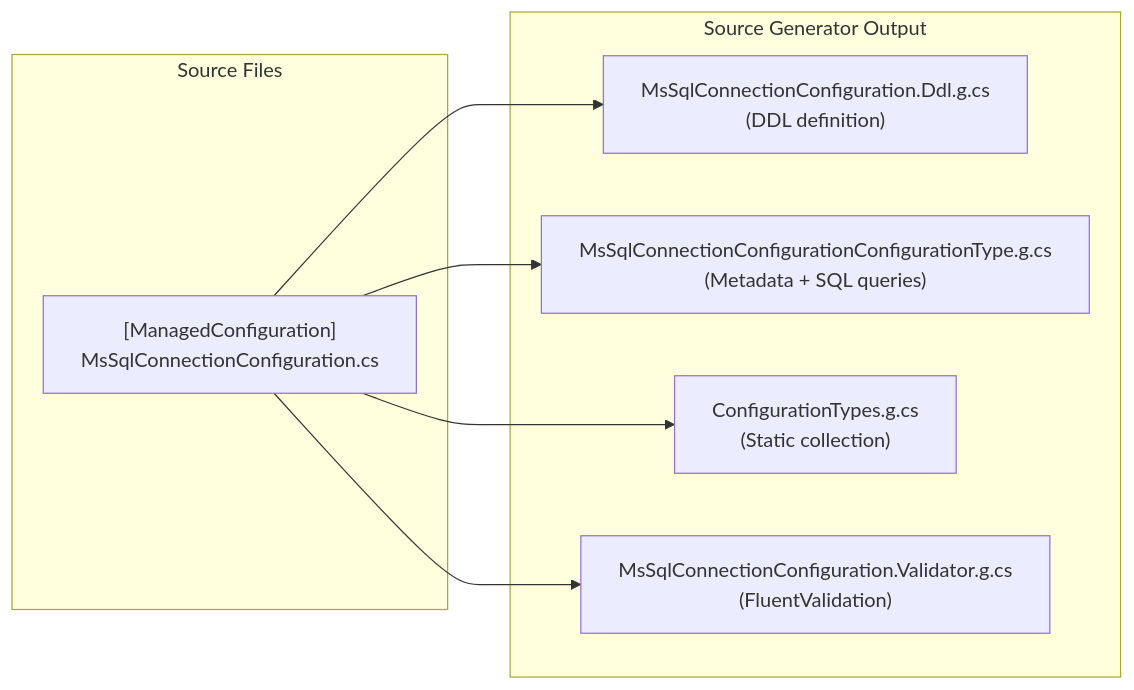
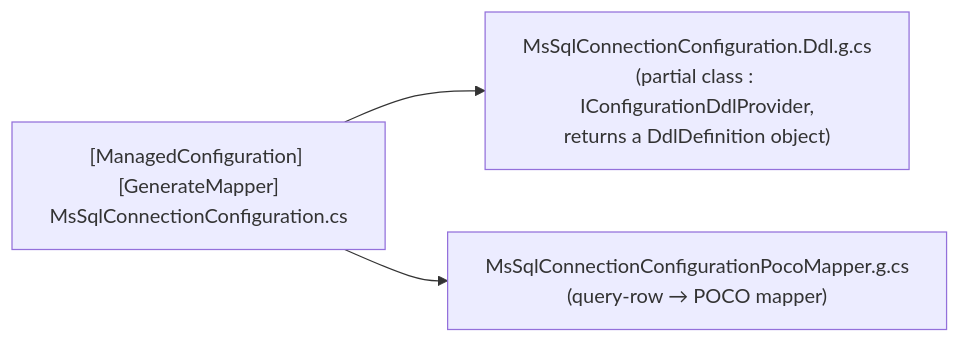
The second of 5 diagrams in wiki/03-01-ManagedConfiguration.md (CyberdyneDevelopment/FractalDataWorks), drawn with Mermaid before and after one commit. The commit also changed other lines of this file and 11549 other files, not shown here.

````diff
--- a/wiki/03-01-ManagedConfiguration.md
+++ b/wiki/03-01-ManagedConfiguration.md
@@ -43,18 +76,8 @@
 ```mermaid
 flowchart LR
-    subgraph "Source Files"
-        A["[ManagedConfiguration]<br/>MsSqlConnectionConfiguration.cs"]
-    end
-
-    subgraph "Source Generator Output"
-        B["MsSqlConnectionConfiguration.Ddl.g.cs<br/>(DDL definition)"]
-        C["MsSqlConnectionConfigurationConfigurationType.g.cs<br/>(Metadata + SQL queries)"]
-        D["ConfigurationTypes.g.cs<br/>(Static collection)"]
-        E["MsSqlConnectionConfiguration.Validator.g.cs<br/>(FluentValidation)"]
-    end
-
+    A["[ManagedConfiguration] [GenerateMapper]<br/>MsSqlConnectionConfiguration.cs"]
+    B["MsSqlConnectionConfiguration.Ddl.g.cs<br/>(partial class : IConfigurationDdlProvider,<br/>returns a DdlDefinition object)"]
+    C["MsSqlConnectionConfigurationPocoMapper.g.cs<br/>(query-row → POCO mapper)"]
     A --> B
     A --> C
-    A --> D
-    A --> E
 ```
````
